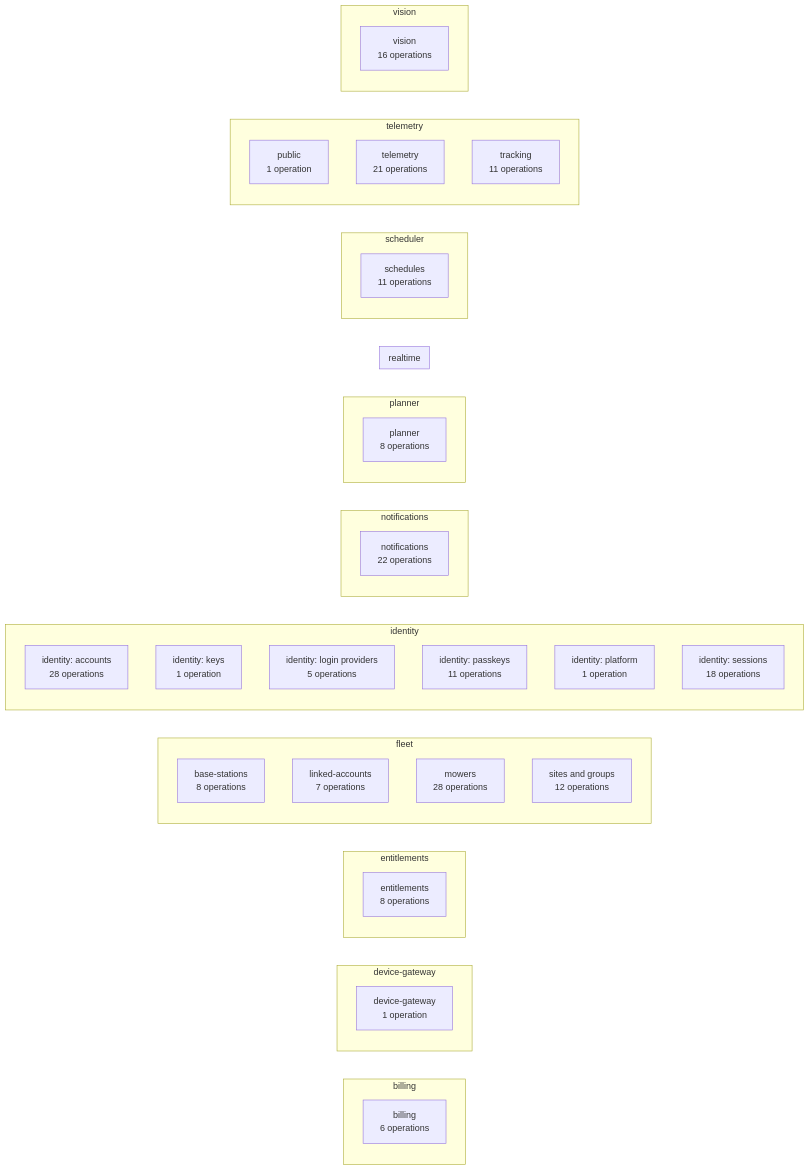
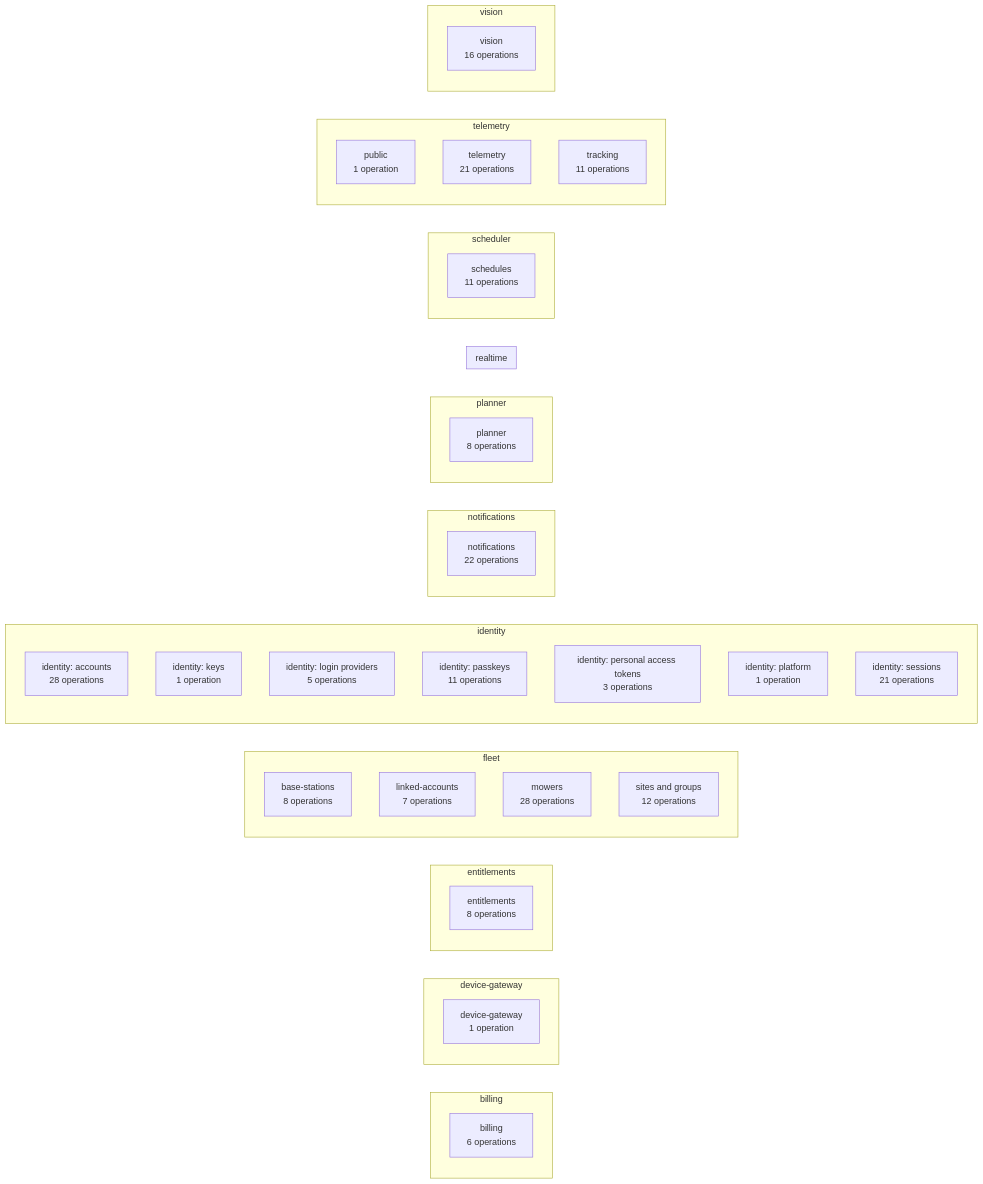
One commit to lukislp/mowdeck changed diagram 14 of 15 in docs/architecture/generated.md. Above: the diagram before and after it, drawn with Mermaid. The commit also changed other lines of this file and 43 other files, not shown here.

First line of the commit message:
feat: personal access tokens and the public API documentation (ADR 0064)

````diff
--- a/docs/architecture/generated.md
+++ b/docs/architecture/generated.md
@@ -430,56 +430,57 @@
 ```mermaid
 flowchart LR
   subgraph billing["billing"]
     direction TB
     billing_billing["billing<br/>6 operations"]
   end
   subgraph device_gateway["device-gateway"]
     direction TB
     device_gateway_device_gateway["device-gateway<br/>1 operation"]
   end
   subgraph entitlements["entitlements"]
     direction TB
     entitlements_entitlements["entitlements<br/>8 operations"]
   end
   subgraph fleet["fleet"]
     direction TB
     fleet_base_stations["base-stations<br/>8 operations"]
     fleet_linked_accounts["linked-accounts<br/>7 operations"]
     fleet_mowers["mowers<br/>28 operations"]
     fleet_sites_and_groups["sites and groups<br/>12 operations"]
   end
   subgraph identity["identity"]
     direction TB
     identity_identity__accounts["identity: accounts<br/>28 operations"]
     identity_identity__keys["identity: keys<br/>1 operation"]
     identity_identity__login_providers["identity: login providers<br/>5 operations"]
     identity_identity__passkeys["identity: passkeys<br/>11 operations"]
+    identity_identity__personal_access_tokens["identity: personal access tokens<br/>3 operations"]
     identity_identity__platform["identity: platform<br/>1 operation"]
-    identity_identity__sessions["identity: sessions<br/>18 operations"]
+    identity_identity__sessions["identity: sessions<br/>21 operations"]
   end
   subgraph notifications["notifications"]
     direction TB
     notifications_notifications["notifications<br/>22 operations"]
   end
   subgraph planner["planner"]
     direction TB
     planner_planner["planner<br/>8 operations"]
   end
   subgraph realtime["realtime"]
     direction TB
   end
   subgraph scheduler["scheduler"]
     direction TB
     scheduler_schedules["schedules<br/>11 operations"]
   end
   subgraph telemetry["telemetry"]
     direction TB
     telemetry_public["public<br/>1 operation"]
     telemetry_telemetry["telemetry<br/>21 operations"]
     telemetry_tracking["tracking<br/>11 operations"]
   end
   subgraph vision["vision"]
     direction TB
     vision_vision["vision<br/>16 operations"]
   end
 ```
````
